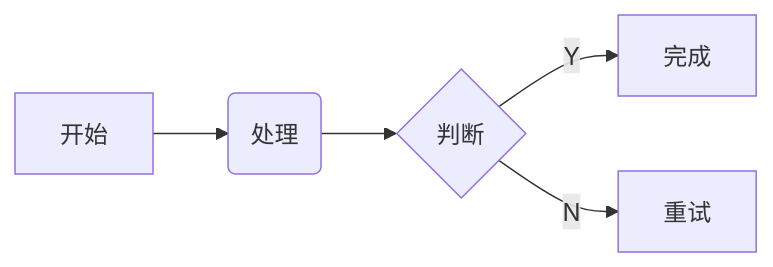
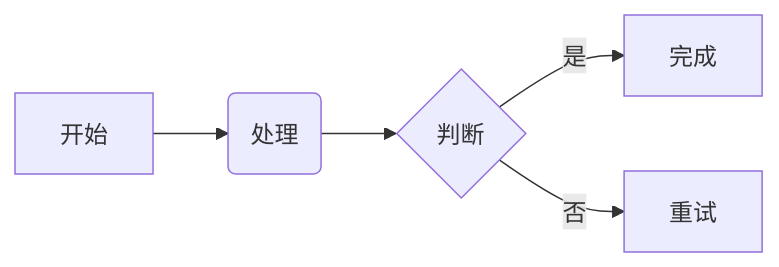
One commit to Dionysen/Tydora changed the diagram in website/docs/编辑器/Mermaid图表.md. Above: the diagram before and after it, drawn with Mermaid. The commit also changed other lines of this file and 50 other files, not shown here.

````diff
--- a/website/docs/编辑器/Mermaid图表.md
+++ b/website/docs/编辑器/Mermaid图表.md
@@ -26,7 +30,7 @@
 ```mermaid
 graph LR
     A[开始] --> B(处理)
     B --> C{判断}
-    C -->|Y| D[完成]
-    C -->|N| E[重试]
+    C -->|是| D[完成]
+    C -->|否| E[重试]
 ```
````
